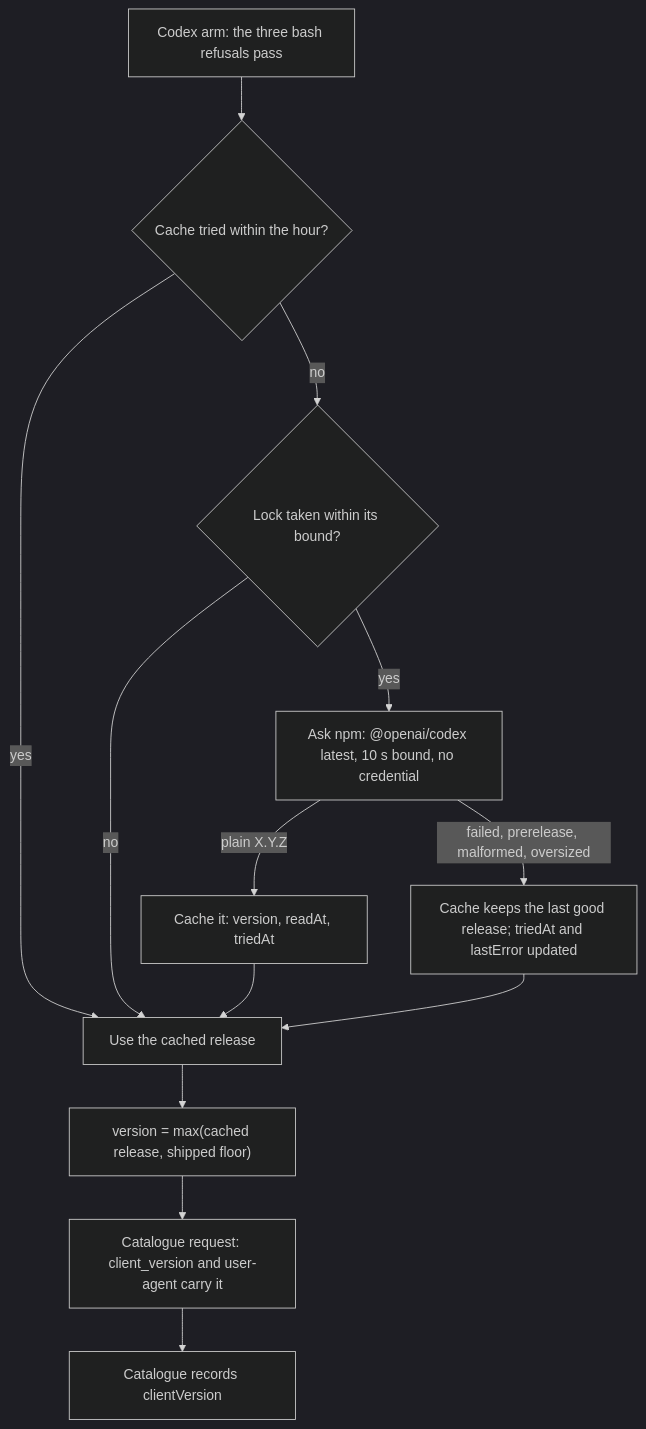
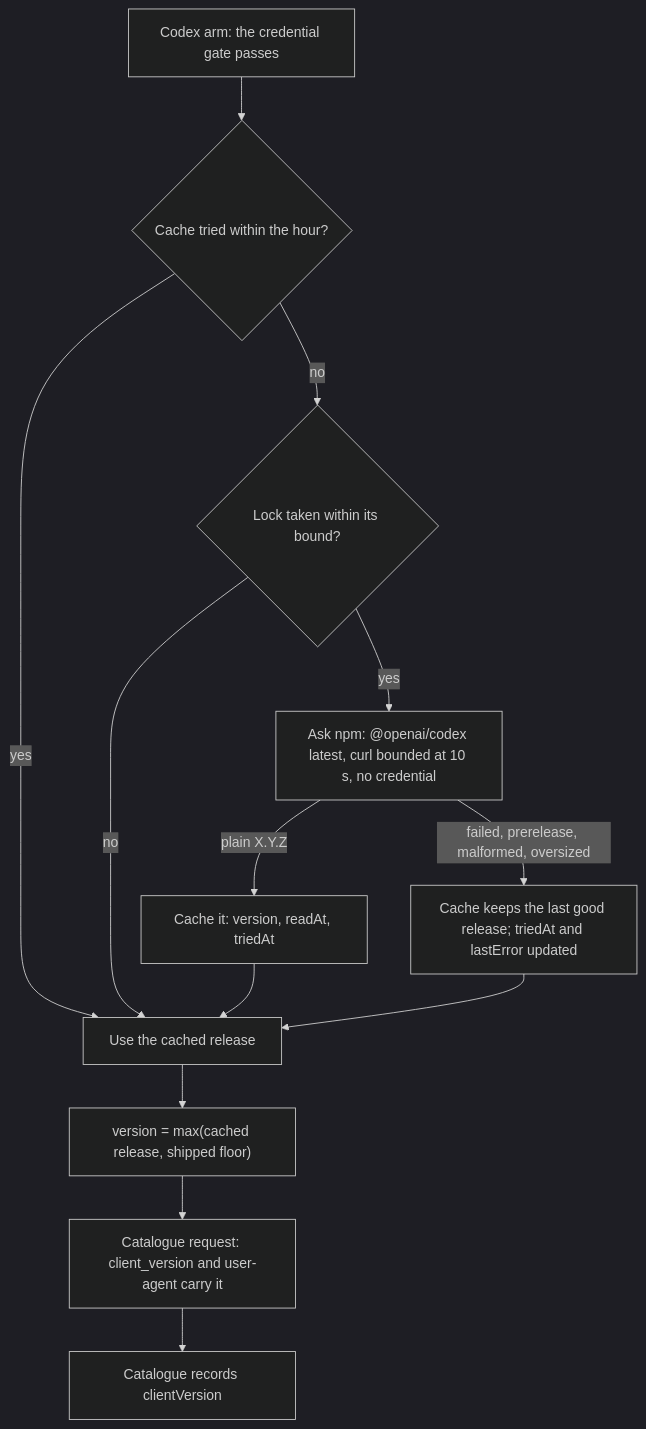
Before and after one commit to Synapsium-Labs/ccrc-pwa: the diagram in docs/superpowers/plans/2026-11-18-model-class-advance-w2-client-version.md, drawn with Mermaid (dark theme). The commit also changed other lines of this file and 14 other files, not shown here.

````diff
--- a/docs/superpowers/plans/2026-11-18-model-class-advance-w2-client-version.md
+++ b/docs/superpowers/plans/2026-11-18-model-class-advance-w2-client-version.md
@@ -19,15 +19,15 @@
 ```mermaid
 flowchart TD
-  A["Codex arm: the three bash refusals pass"] --> B{"Cache tried within the hour?"}
+  A["Codex arm: the credential gate passes"] --> B{"Cache tried within the hour?"}
   B -- yes --> D["Use the cached release"]
   B -- no --> L{"Lock taken within its bound?"}
   L -- no --> D
-  L -- yes --> C["Ask npm: @openai/codex latest, 10 s bound, no credential"]
+  L -- yes --> C["Ask npm: @openai/codex latest, curl bounded at 10 s, no credential"]
   C -- "plain X.Y.Z" --> W["Cache it: version, readAt, triedAt"]
   C -- "failed, prerelease, malformed, oversized" --> F["Cache keeps the last good release; triedAt and lastError updated"]
   W --> D
   F --> D
   D --> M["version = max(cached release, shipped floor)"]
   M --> R["Catalogue request: client_version and user-agent carry it"]
   R --> N["Catalogue records clientVersion"]
 ```
````
